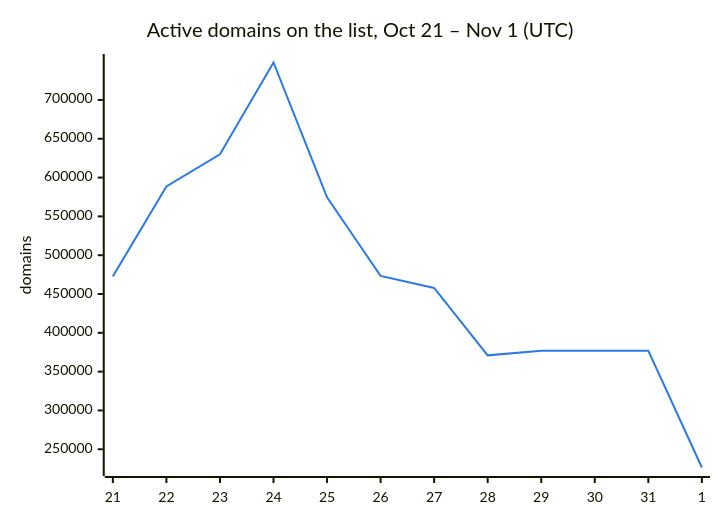
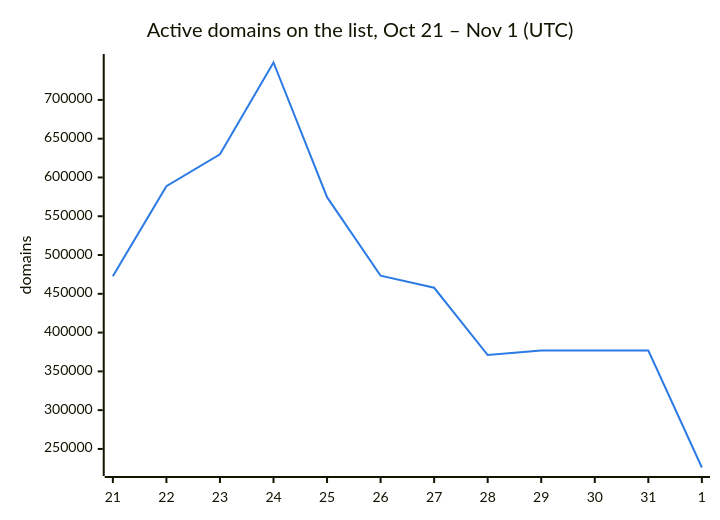
Before and after one commit to DNSBunker/CTI: the second of 3 diagrams in README.md, drawn with Mermaid. The commit also changed other lines of this file and 3 other files, not shown here.

````diff
--- a/README.md
+++ b/README.md
@@ -38,8 +38,8 @@
 ```mermaid
 %%{init: {"themeVariables": {"xyChart": {"plotColorPalette": "#2c7be5"}}}}%%
 xychart-beta
     title "Active domains on the list, Oct 21 – Nov 1 (UTC)"
     x-axis ["21", "22", "23", "24", "25", "26", "27", "28", "29", "30", "31", "1"]
     y-axis "domains"
-    line [472713, 588659, 629951, 748222, 574614, 473331, 457795, 371010, 376945, 376945, 376945, 226529]
+    line [472713, 588659, 629951, 748222, 574614, 473331, 457795, 371010, 376945, 376945, 376945, 226073]
 ```
````
